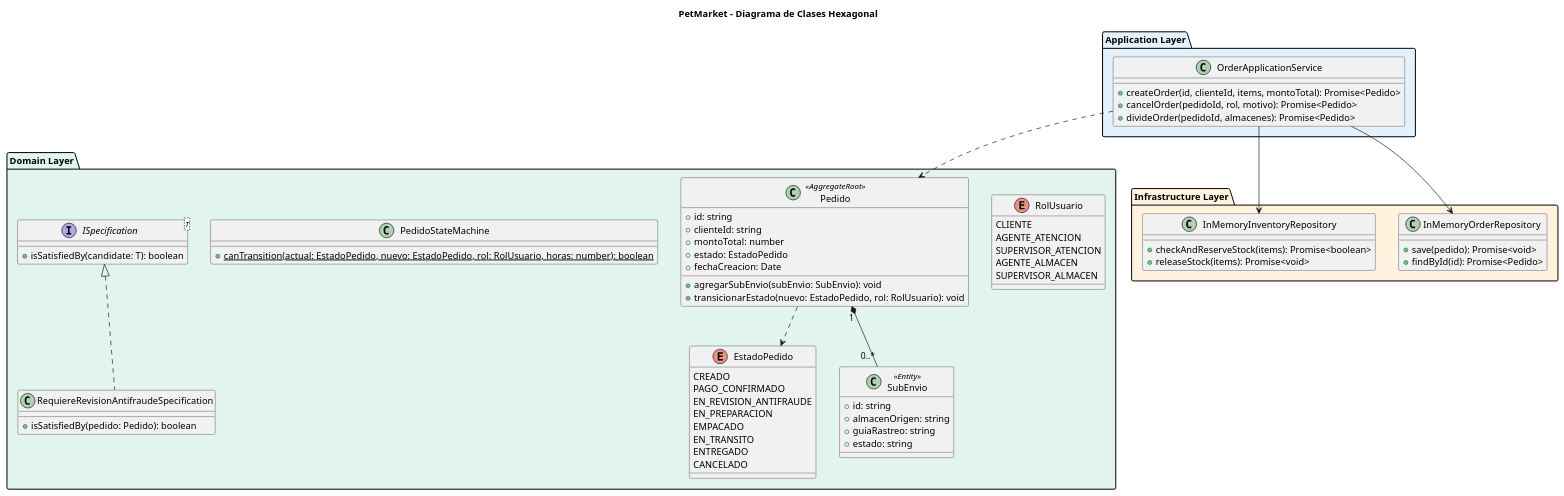
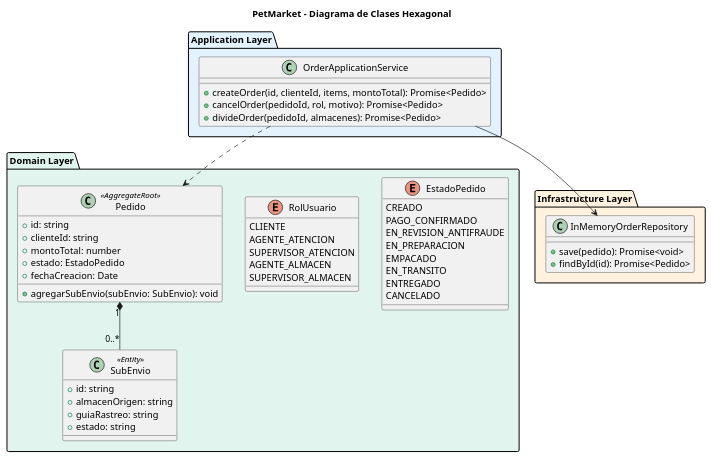
Before and after one commit to badfacebaldo/mi-proyecto-cln: the diagram in docs/architecture/UML_Diagrams.md, drawn with PlantUML. The commit also changed other lines of this file, not shown here.

````diff
--- a/docs/architecture/UML_Diagrams.md
+++ b/docs/architecture/UML_Diagrams.md
@@ -5,81 +3,62 @@
 ```plantuml
 @startuml
 title PetMarket - Diagrama de Clases Hexagonal
 
 package "Domain Layer" #E1F5EE {
   enum EstadoPedido {
     CREADO
     PAGO_CONFIRMADO
     EN_REVISION_ANTIFRAUDE
     EN_PREPARACION
     EMPACADO
     EN_TRANSITO
     ENTREGADO
     CANCELADO
   }
 
   enum RolUsuario {
     CLIENTE
     AGENTE_ATENCION
     SUPERVISOR_ATENCION
     AGENTE_ALMACEN
     SUPERVISOR_ALMACEN
   }
 
   class Pedido <<AggregateRoot>> {
     +id: string
     +clienteId: string
     +montoTotal: number
     +estado: EstadoPedido
     +fechaCreacion: Date
     +agregarSubEnvio(subEnvio: SubEnvio): void
-    +transicionarEstado(nuevo: EstadoPedido, rol: RolUsuario): void
   }
 
   class SubEnvio <<Entity>> {
     +id: string
     +almacenOrigen: string
     +guiaRastreo: string
     +estado: string
   }
 
-  class PedidoStateMachine {
-    +{static} canTransition(actual: EstadoPedido, nuevo: EstadoPedido, rol: RolUsuario, horas: number): boolean
-  }
-
-  interface ISpecification<T> {
-    +isSatisfiedBy(candidate: T): boolean
-  }
-
-  class RequiereRevisionAntifraudeSpecification implements ISpecification {
-    +isSatisfiedBy(pedido: Pedido): boolean
-  }
-
   Pedido "1" *-- "0..*" SubEnvio
-  Pedido ..> EstadoPedido
 }
 
 package "Application Layer" #E3F2FD {
   class OrderApplicationService {
     +createOrder(id, clienteId, items, montoTotal): Promise<Pedido>
     +cancelOrder(pedidoId, rol, motivo): Promise<Pedido>
     +divideOrder(pedidoId, almacenes): Promise<Pedido>
   }
 }
 
 package "Infrastructure Layer" #FFF3E0 {
   class InMemoryOrderRepository {
     +save(pedido): Promise<void>
     +findById(id): Promise<Pedido>
   }
-  class InMemoryInventoryRepository {
-    +checkAndReserveStock(items): Promise<boolean>
-    +releaseStock(items): Promise<void>
-  }
 }
 
 OrderApplicationService --> InMemoryOrderRepository
-OrderApplicationService --> InMemoryInventoryRepository
 OrderApplicationService ..> Pedido
 @enduml
 ```
````
